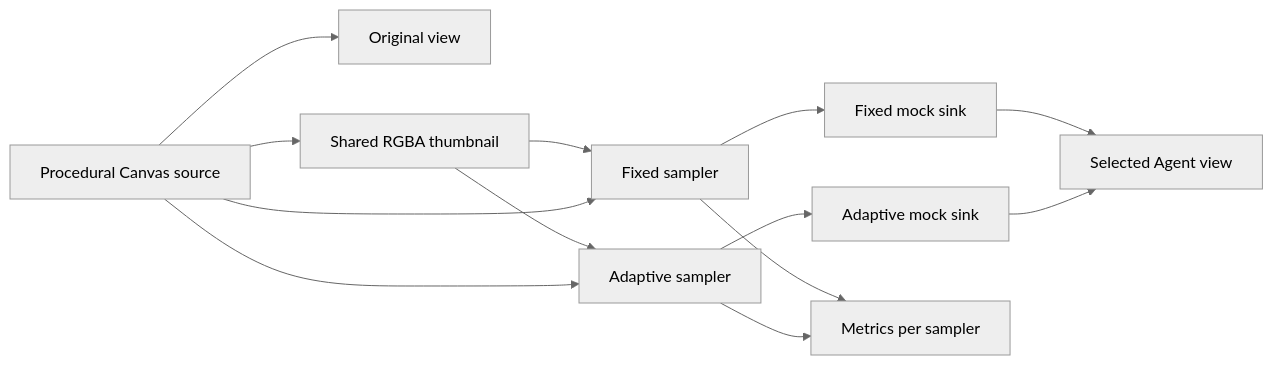
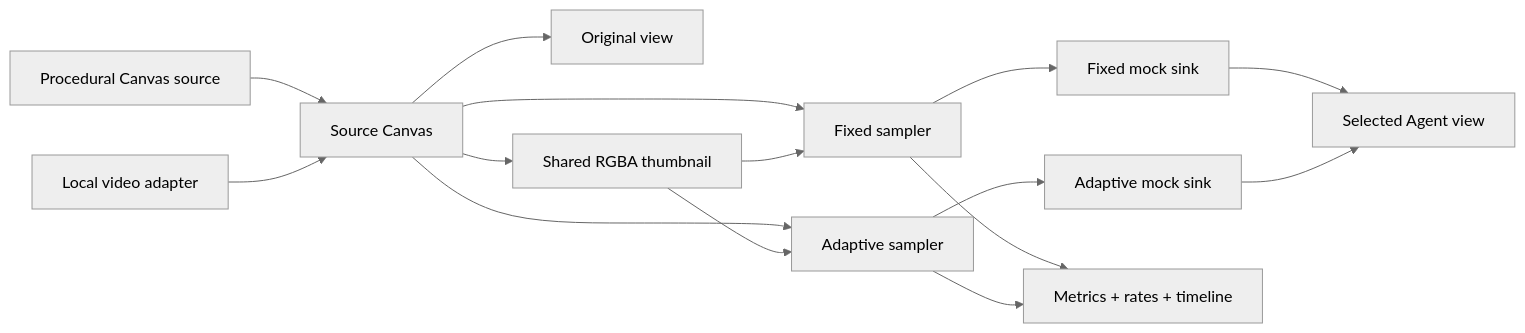
The diagram in ARCHITECTURE.md (WaterMelonKnight/SemanticStream), drawn with Mermaid (neutral theme) before and after one commit. The commit also changed other lines of this file and 23 other files, not shown here.

Commit message:
Add local video input and bounded decision timeline

````diff
--- a/ARCHITECTURE.md
+++ b/ARCHITECTURE.md
@@ -7,15 +7,17 @@
 ```mermaid
 flowchart LR
-  Source[Procedural Canvas source] --> Original[Original view]
-  Source --> Thumb[Shared RGBA thumbnail]
-  Thumb --> Fixed[Fixed sampler]
-  Thumb --> Adaptive[Adaptive sampler]
-  Source --> Fixed
-  Source --> Adaptive
+  Demo[Procedural Canvas source] --> SourceCanvas[Source Canvas]
+  Video[Local video adapter] --> SourceCanvas
+  SourceCanvas --> Fixed[Fixed sampler]
+  SourceCanvas --> Adaptive[Adaptive sampler]
+  SourceCanvas --> Original[Original view]
+  SourceCanvas --> Thumb[Shared RGBA thumbnail]
+  Thumb --> Fixed
+  Thumb --> Adaptive
   Fixed --> FixedSink[Fixed mock sink]
   Adaptive --> AdaptiveSink[Adaptive mock sink]
-  Fixed --> Metrics[Metrics per sampler]
+  Fixed --> Metrics[Metrics + rates + timeline]
   Adaptive --> Metrics
   FixedSink --> Agent[Selected Agent view]
   AdaptiveSink --> Agent
 ```
````
